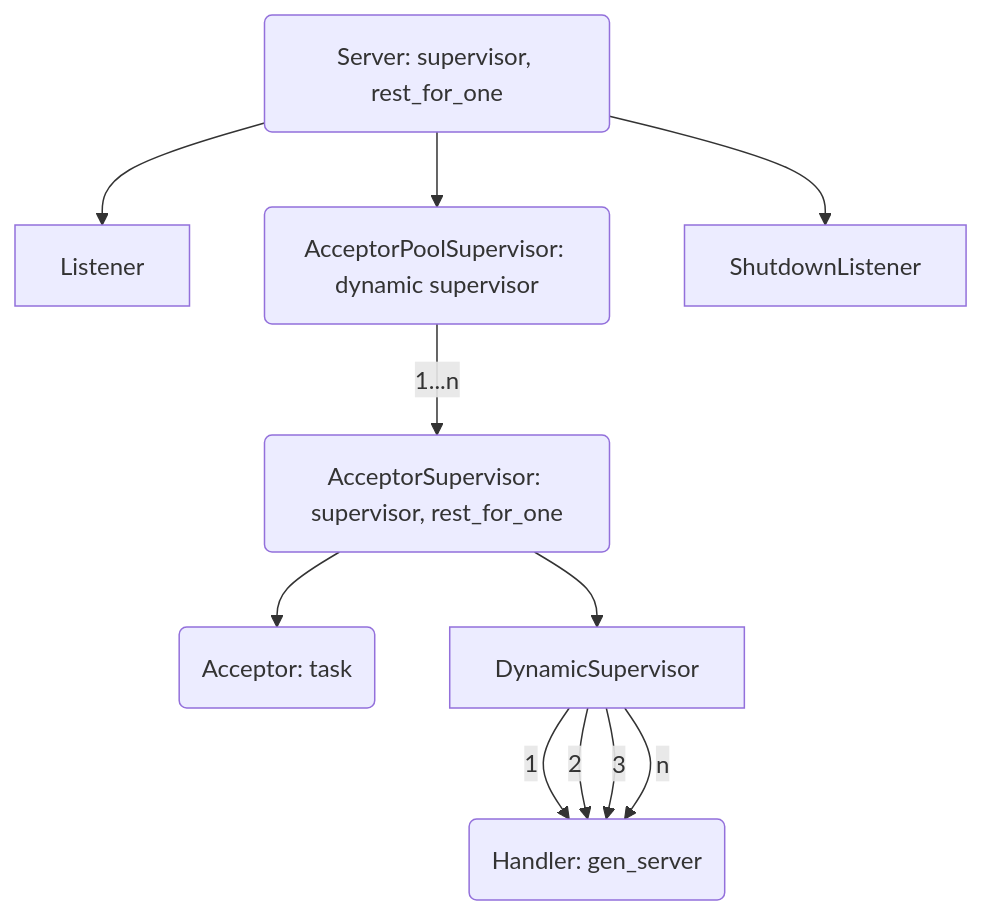
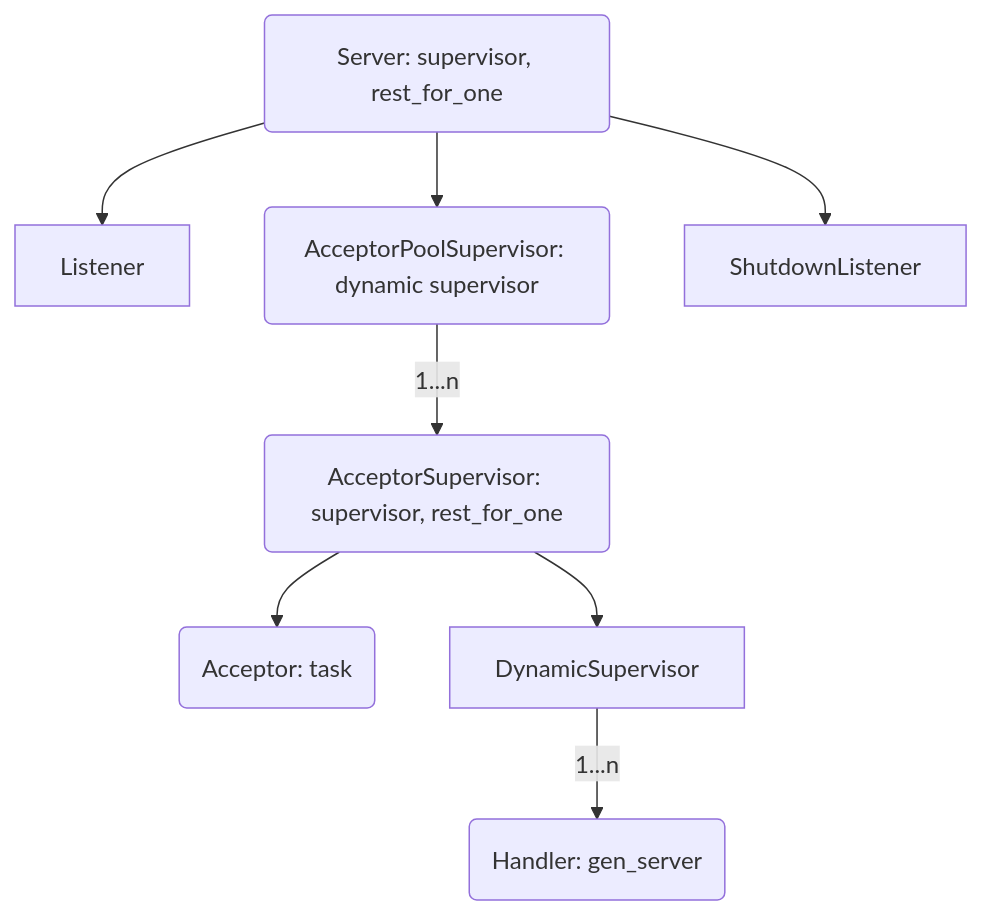
One commit to mtrudel/thousand_island changed the diagram in README.md. Above: the diagram before and after it, drawn with Mermaid.

Commit message:
Update README.md
More cleanly diagram the `1...n` relationship

````diff
--- a/README.md
+++ b/README.md
@@ -118,13 +118,10 @@
 ```mermaid
 graph TD;
   Server(Server: supervisor, rest_for_one)-->Listener;
   Server-->AcceptorPoolSupervisor(AcceptorPoolSupervisor: dynamic supervisor);
   AcceptorPoolSupervisor--1...n-->AcceptorSupervisor(AcceptorSupervisor: supervisor, rest_for_one)
   AcceptorSupervisor-->Acceptor(Acceptor: task)
   AcceptorSupervisor-->DynamicSupervisor
-  DynamicSupervisor--1-->Handler(Handler: gen_server)
-  DynamicSupervisor--2-->Handler(Handler: gen_server)
-  DynamicSupervisor--3-->Handler(Handler: gen_server)
-  DynamicSupervisor--n-->Handler(Handler: gen_server)
+  DynamicSupervisor--1...n-->Handler(Handler: gen_server)
   Server-->ShutdownListener;
 ```
````
